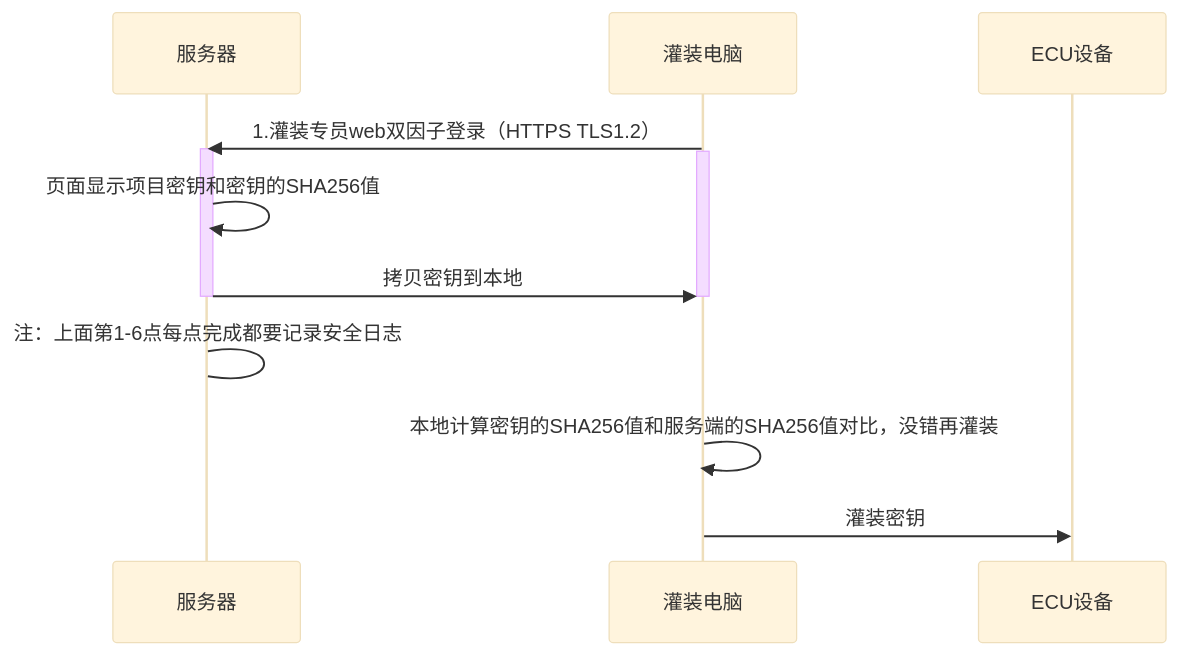
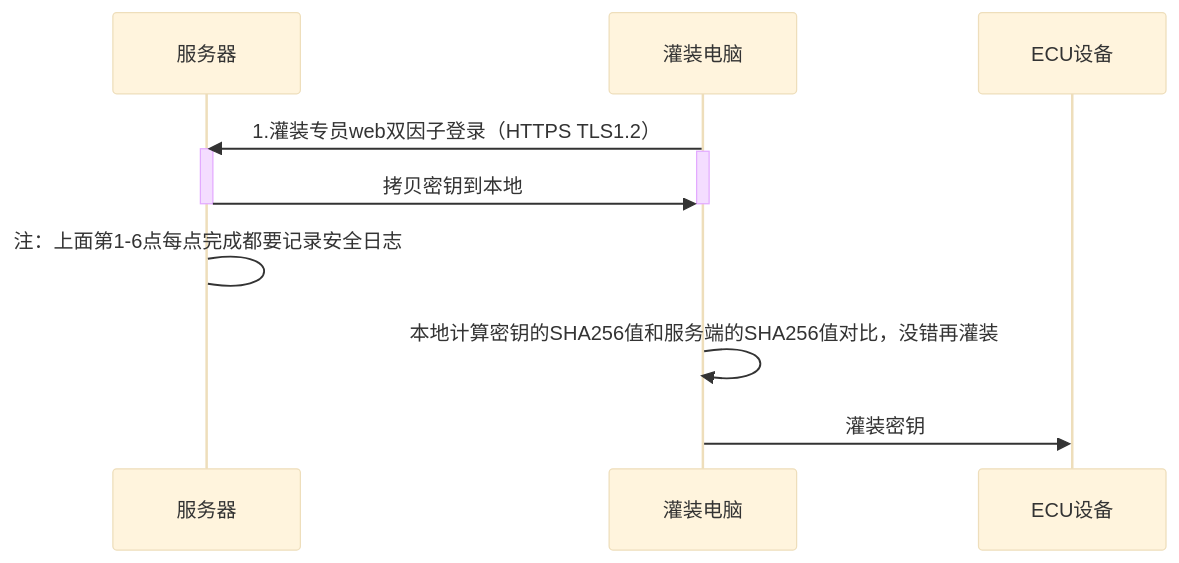
Before and after one commit to facebook-cloud/iodraw-files: the diagram in all/未命名-23.md, drawn with Mermaid (base theme).

Commit message:
2026-04-15 17:07:01 update

````diff
--- a/all/未命名-23.md
+++ b/all/未命名-23.md
@@ -1,20 +1,20 @@
 ```mermaid
 sequenceDiagram
   
     participant B as 服务器
     participant D as 灌装电脑
     participant E as ECU设备
 
     D->>B: 1.灌装专员web双因子登录（HTTPS TLS1.2）
     activate B
     activate D
-    B->>B: 页面显示项目密钥和密钥的SHA256值
+
     B->>D: 拷贝密钥到本地
     deactivate B
     deactivate D
     B->B: 注：上面第1-6点每点完成都要记录安全日志
 
     D->>D:本地计算密钥的SHA256值和服务端的SHA256值对比，没错再灌装
     
     D->>E: 灌装密钥
 ```
````
